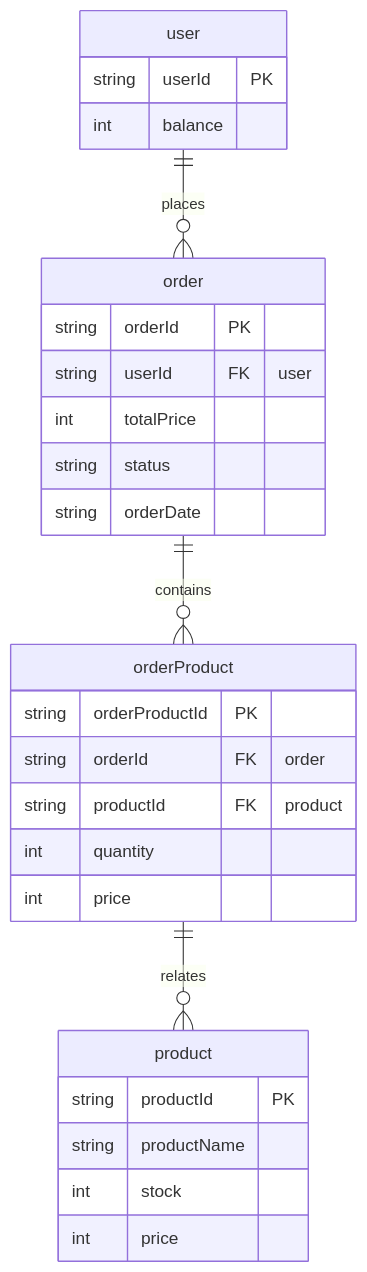
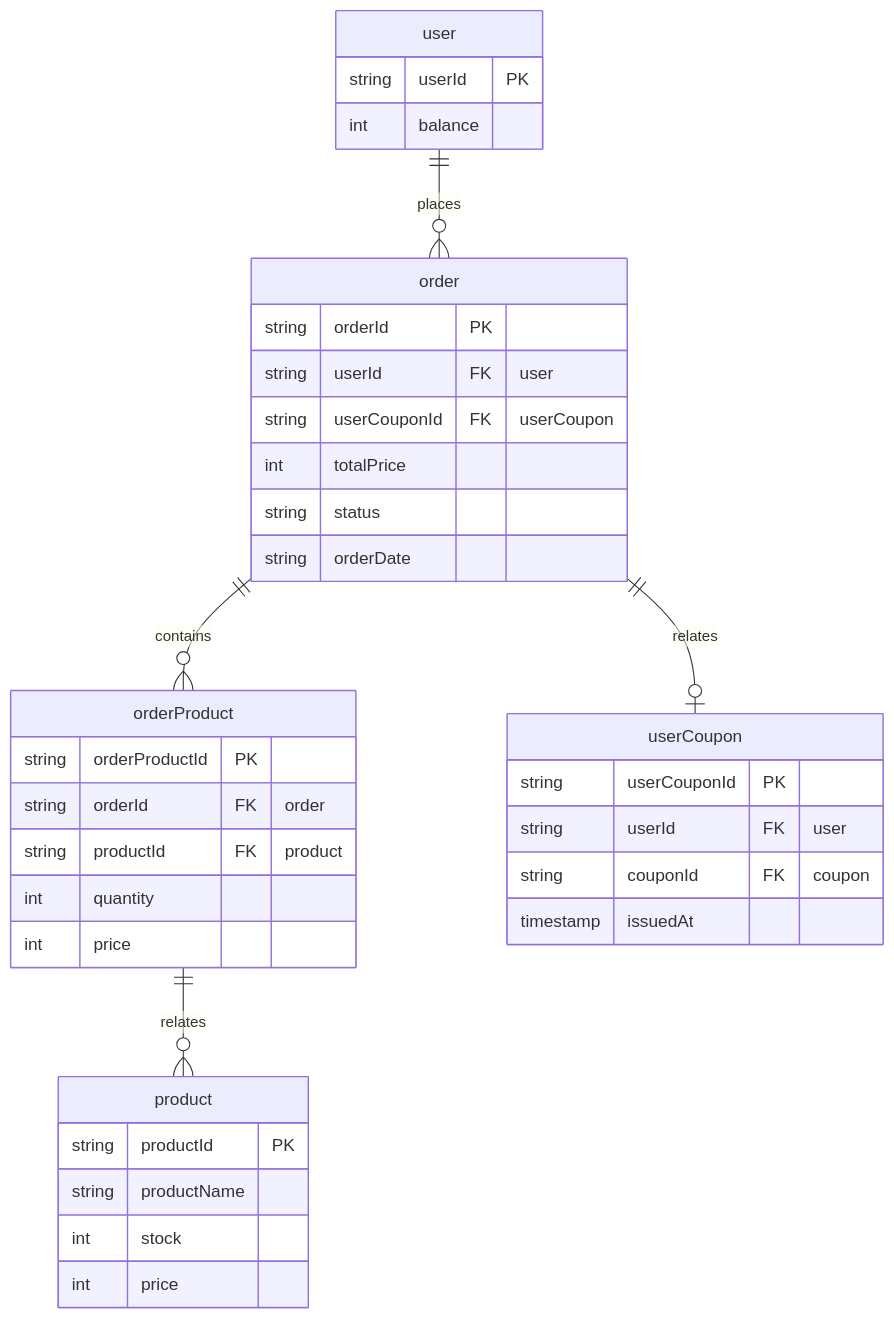
The diagram in docs/erd/Erd_Order.md (K-CHANHO/hanghae99_2), drawn with Mermaid before and after one commit.

Commit message:
[refactor] 주문 ERD 수정

````diff
--- a/docs/erd/Erd_Order.md
+++ b/docs/erd/Erd_Order.md
@@ -1,31 +1,39 @@
 ```mermaid
 erDiagram
     user{
         string userId PK
         int balance
     }
     order{
         string orderId PK
         string userId FK "user"
+        string userCouponId FK "userCoupon"
         int totalPrice
         string status
         string orderDate
     }
     orderProduct{
         string orderProductId PK
         string orderId FK "order"
         string productId FK "product"
         int quantity
         int price
     }
     product{
         string productId PK
         string productName
         int stock
         int price
     }
+    userCoupon{
+        string userCouponId PK
+        string userId FK "user"
+        string couponId FK "coupon"
+        timestamp issuedAt
+    }
 
     user ||--o{ order : places
     order ||--o{ orderProduct : contains
+    order ||--o| userCoupon : relates
     orderProduct ||--o{ product : relates
 ```
````
